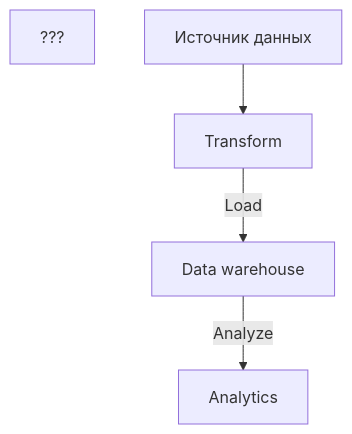
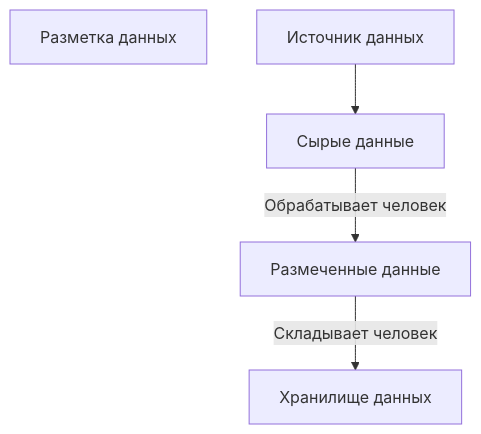
One commit to RomashkaHEHE/Lessons changed the diagram in Миша-Рома-Влад/Сбор и верефикация данных/Лекция 10.03.md. Above: the diagram before and after it, drawn with Mermaid. The commit also changed other lines of this file, not shown here.

````diff
--- a/Миша-Рома-Влад/Сбор и верефикация данных/Лекция 10.03.md
+++ b/Миша-Рома-Влад/Сбор и верефикация данных/Лекция 10.03.md
@@ -59,7 +67,7 @@
 ```mermaid
 flowchart TD
-	O["???"]
-    A["Источник данных"] -->B["сы"]
-    B["Transform"] -->|Load| C["Data warehouse"]
-    C["Data warehouse"] -->|Analyze| D["Analytics"]
+	O["Разметка данных"]
+    A["Источник данных"] -->B["Сырые данные"]
+    B -->|Обрабатывает человек| C["Размеченные данные"]
+    C -->|Складывает человек| D["Хранилище данных"]
 ```
````
